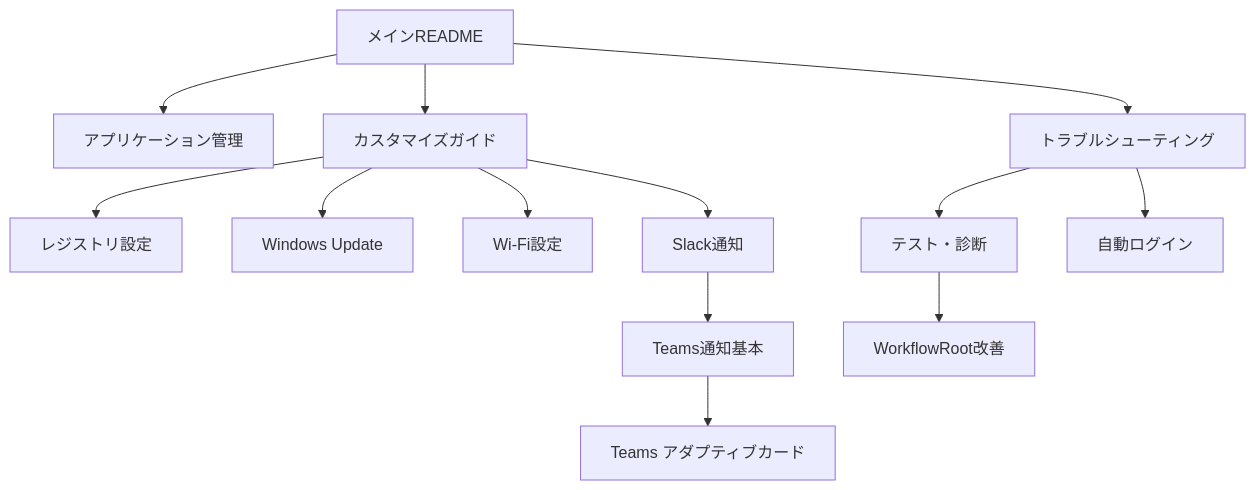
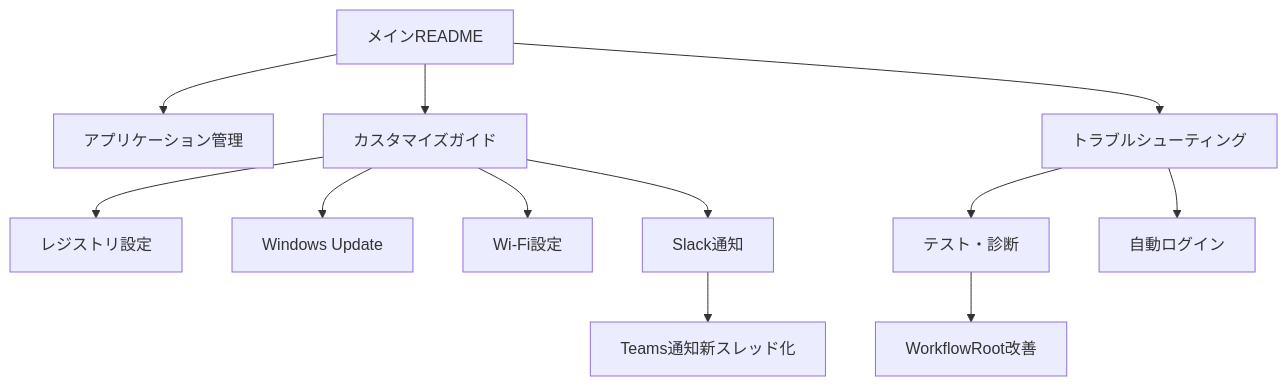
Before and after one commit to maru0014/windows-kitting-workflow: the diagram in docs/TABLE_OF_CONTENTS.md, drawn with Mermaid. The commit also changed other lines of this file and 8 other files, not shown here.

````diff
--- a/docs/TABLE_OF_CONTENTS.md
+++ b/docs/TABLE_OF_CONTENTS.md
@@ -89,19 +86,19 @@
 ```mermaid
 graph TD
     A[メインREADME] --> B[アプリケーション管理]
     A --> C[カスタマイズガイド]
     A --> D[トラブルシューティング]
     
     C --> E[レジストリ設定]
     C --> F[Windows Update]
     C --> G[Wi-Fi設定]
     C --> H[Slack通知]
     
-    H --> I[Teams通知基本]
-    I --> J[Teams アダプティブカード]
+    H --> I[Teams通知新スレッド化]
+
     
     D --> K[テスト・診断]
     D --> L[自動ログイン]
     
     K --> M[WorkflowRoot改善]
 ```
````
